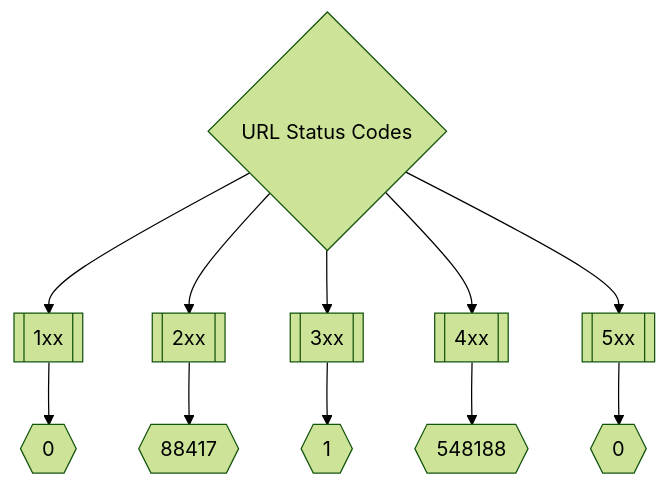
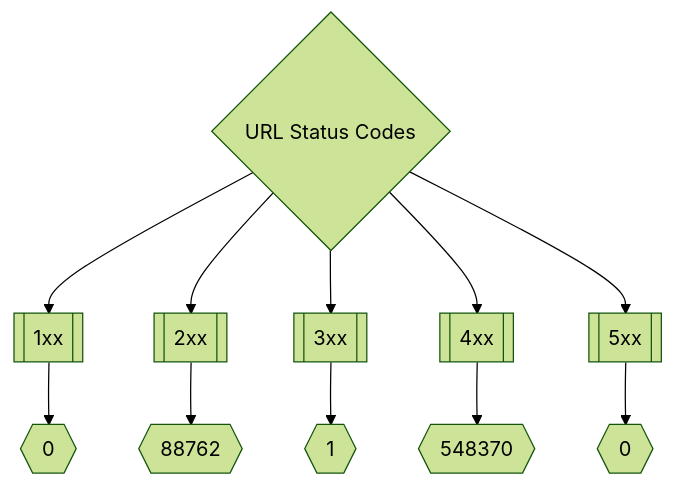
The second of 3 diagrams in README.md (trickest/inventory), drawn with Mermaid (forest theme) before and after one commit. The commit also changed other lines of this file, not shown here.

Commit message:
Update README.md Sat Jun 18 20:43:34 UTC 2022

````diff
--- a/README.md
+++ b/README.md
@@ -173,8 +173,8 @@
 ```mermaid
 graph TD
 title{URL Status Codes} --> 1xx[[1xx]] --> status1xxNum{{0}}
-title --> 2xx[[2xx]] --> status2xxNum{{88417}}
+title --> 2xx[[2xx]] --> status2xxNum{{88762}}
 title --> 3xx[[3xx]] --> status3xxNum{{1}}
-title --> 4xx[[4xx]] --> status4xxNum{{548188}}
+title --> 4xx[[4xx]] --> status4xxNum{{548370}}
 title --> 5xx[[5xx]] --> status5xxNum{{0}}
 ```
````
